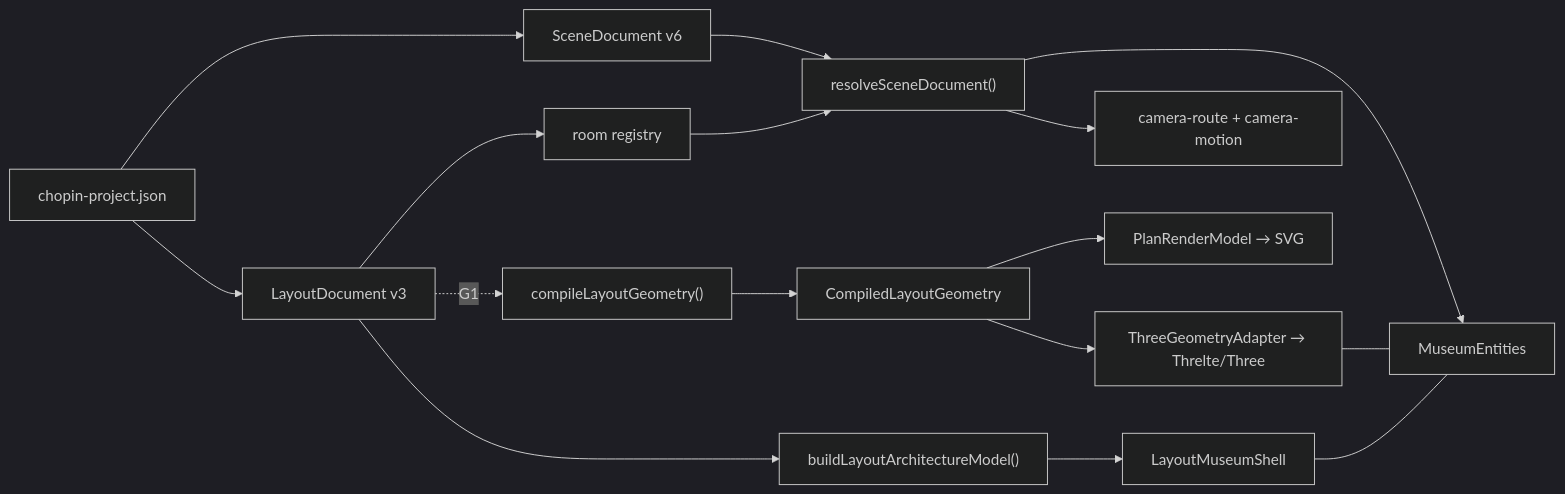
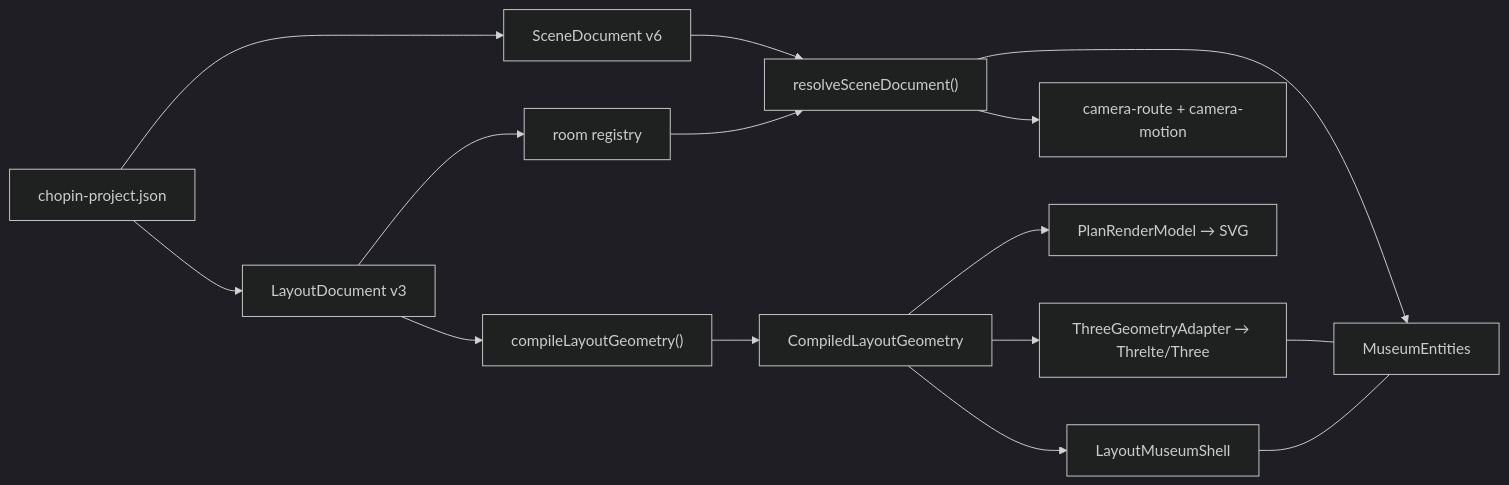
Before and after one commit to toni8699/Museum: the diagram in docs/architecture.md, drawn with Mermaid (dark theme). The commit also changed other lines of this file and 38 other files, not shown here.

````diff
--- a/docs/architecture.md
+++ b/docs/architecture.md
@@ -30,18 +30,17 @@
 ```mermaid
 flowchart LR
   project["chopin-project.json"] --> layout["LayoutDocument v3"]
   project --> scene["SceneDocument v6"]
   layout --> registry["room registry"]
-  layout --> runtime["buildLayoutArchitectureModel()"]
-  runtime --> shell["LayoutMuseumShell"]
+  layout --> compile["compileLayoutGeometry()"]
+  compile --> compiled["CompiledLayoutGeometry"]
+  compiled --> shell["LayoutMuseumShell"]
   scene --> resolve["resolveSceneDocument()"]
   registry --> resolve
   resolve --> entities["MuseumEntities"]
   resolve --> motion["camera-route + camera-motion"]
-  layout -.->|G1| compile["compileLayoutGeometry()"]
-  compile --> compiled["CompiledLayoutGeometry"]
   compiled --> plan["PlanRenderModel → SVG"]
   compiled --> three["ThreeGeometryAdapter → Threlte/Three"]
   three --- entities
   shell --- entities
 ```
````
